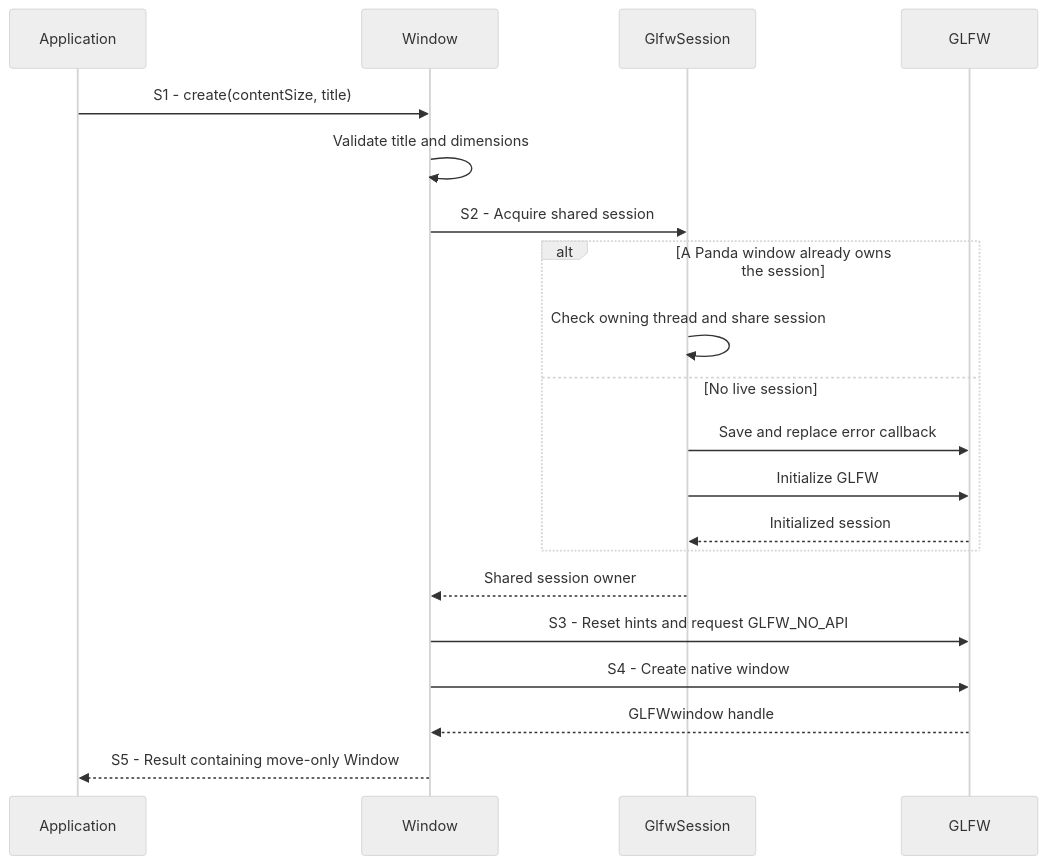
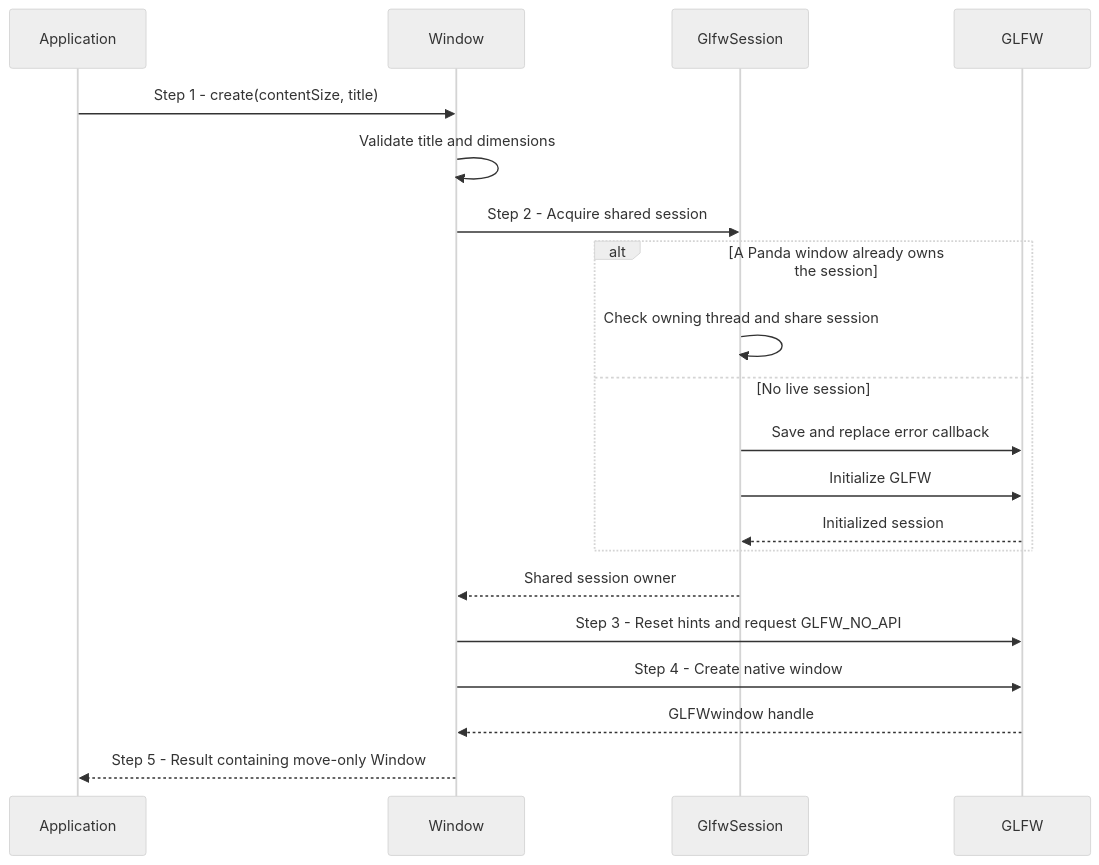
One commit to a-soltysik/Panda changed the first of 2 diagrams in docs/use-cases/create-window.md. Above: the diagram before and after it, drawn with Mermaid (neutral theme). The commit also changed other lines of this file and 8 other files, not shown here.

````diff
--- a/docs/use-cases/create-window.md
+++ b/docs/use-cases/create-window.md
@@ -59,22 +50,22 @@
 ```mermaid
 sequenceDiagram
     participant A as Application
     participant W as Window
     participant S as GlfwSession
     participant G as GLFW
-    A->>W: S1 - create(contentSize, title)
+    A->>W: Step 1 - create(contentSize, title)
     W->>W: Validate title and dimensions
-    W->>S: S2 - Acquire shared session
+    W->>S: Step 2 - Acquire shared session
     alt A Panda window already owns the session
         S->>S: Check owning thread and share session
     else No live session
         S->>G: Save and replace error callback
         S->>G: Initialize GLFW
         G-->>S: Initialized session
     end
     S-->>W: Shared session owner
-    W->>G: S3 - Reset hints and request GLFW_NO_API
-    W->>G: S4 - Create native window
+    W->>G: Step 3 - Reset hints and request GLFW_NO_API
+    W->>G: Step 4 - Create native window
     G-->>W: GLFWwindow handle
-    W-->>A: S5 - Result containing move-only Window
+    W-->>A: Step 5 - Result containing move-only Window
 ```
````
